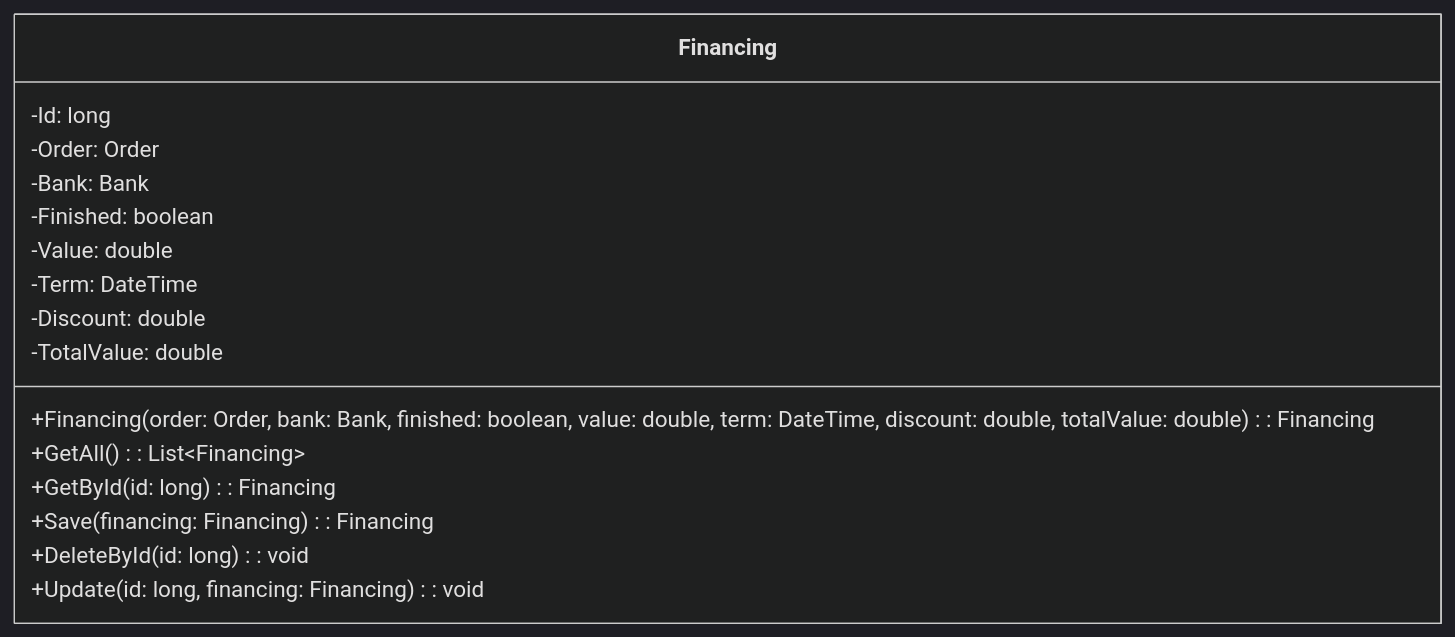
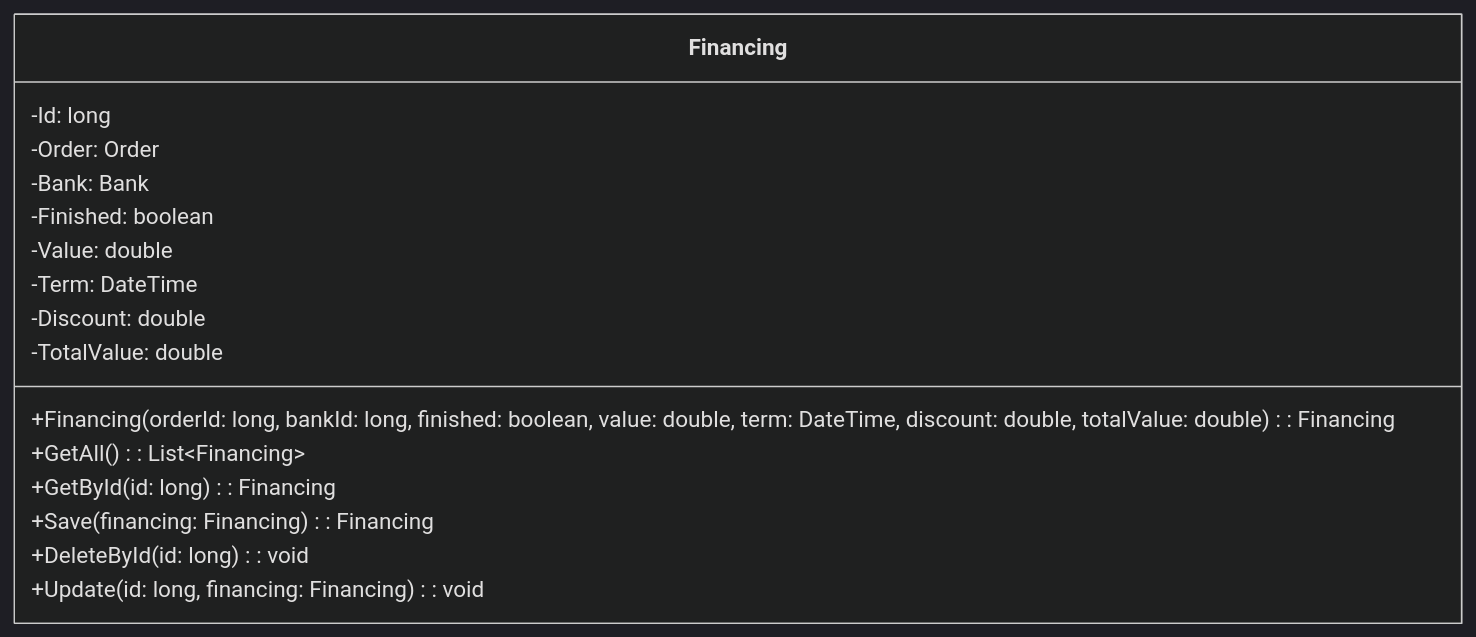
One commit to AndreLucas0/diagrama-de-classes-projeto-integrador changed diagram 12 of 17 in Classes.md. Above: the diagram before and after it, drawn with Mermaid (dark theme). The commit also changed other lines of this file, not shown here.

Commit message:
diagrama finalizado

````diff
--- a/Classes.md
+++ b/Classes.md
@@ -169,19 +169,19 @@
 ```mermaid
 classDiagram
     class Financing {
         -Id: long
         -Order: Order
         -Bank: Bank
         -Finished: boolean
         -Value: double
         -Term: DateTime
         -Discount: double
         -TotalValue: double
-        +Financing (order: Order, bank: Bank, finished: boolean, value: double, term: DateTime, discount: double, totalValue: double): Financing
+        +Financing (orderId: long, bankId: long, finished: boolean, value: double, term: DateTime, discount: double, totalValue: double): Financing
         +GetAll (): List&lt;Financing&gt;
         +GetById (id: long): Financing
         +Save (financing: Financing): Financing
         +DeleteById (id: long): void
         +Update (id: long, financing: Financing): void
     }
 ```
````
